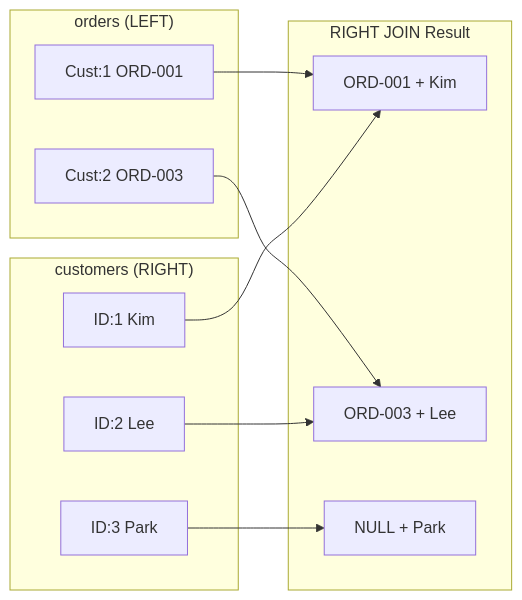
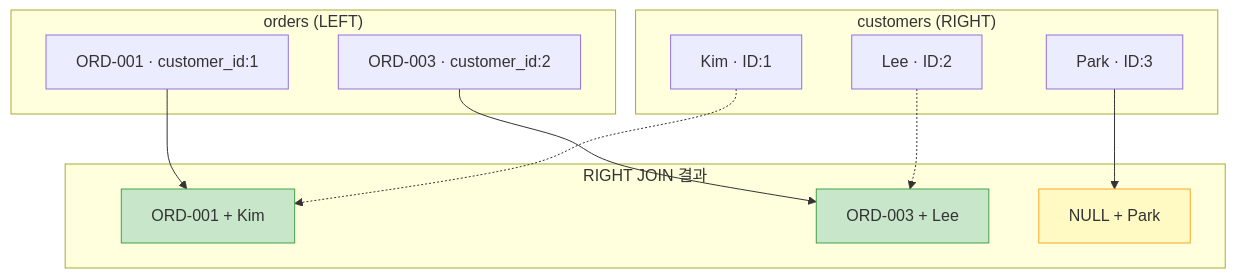
The second of 3 diagrams in docs/ko/intermediate/08-left-join.md (civilian7/sql-tutorial), drawn with Mermaid before and after one commit. The commit also changed other lines of this file and 12 other files, not shown here.

First line of the commit message:
Standardize exercises to 10+, add missing topics, improve JOIN diagrams

````diff
--- a/docs/ko/intermediate/08-left-join.md
+++ b/docs/ko/intermediate/08-left-join.md
@@ -193,22 +195,24 @@
 ```mermaid
-flowchart LR
-    subgraph "orders (LEFT)"
-        O1["Cust:1 ORD-001"]
-        O3["Cust:2 ORD-003"]
+flowchart TD
+    subgraph orders["orders (LEFT)"]
+        O1["ORD-001 · customer_id:1"]
+        O3["ORD-003 · customer_id:2"]
     end
-    subgraph "customers (RIGHT)"
-        C1["ID:1 Kim"]
-        C2["ID:2 Lee"]
-        C3["ID:3 Park"]
+    subgraph customers["customers (RIGHT)"]
+        C1["Kim · ID:1"]
+        C2["Lee · ID:2"]
+        C3["Park · ID:3"]
     end
-    subgraph "RIGHT JOIN Result"
-        R1["ORD-001 + Kim"]
-        R2["ORD-003 + Lee"]
-        R3["NULL + Park"]
+    subgraph result["RIGHT JOIN 결과"]
+        R1["ORD-001 + Kim"]:::matched
+        R2["ORD-003 + Lee"]:::matched
+        R3["NULL + Park"]:::kept
     end
     O1 --> R1
     O3 --> R2
-    C1 --> R1
-    C2 --> R2
+    C1 -.-> R1
+    C2 -.-> R2
     C3 --> R3
+    classDef matched fill:#c8e6c9,stroke:#43a047
+    classDef kept fill:#fff9c4,stroke:#f9a825
 ```
````
